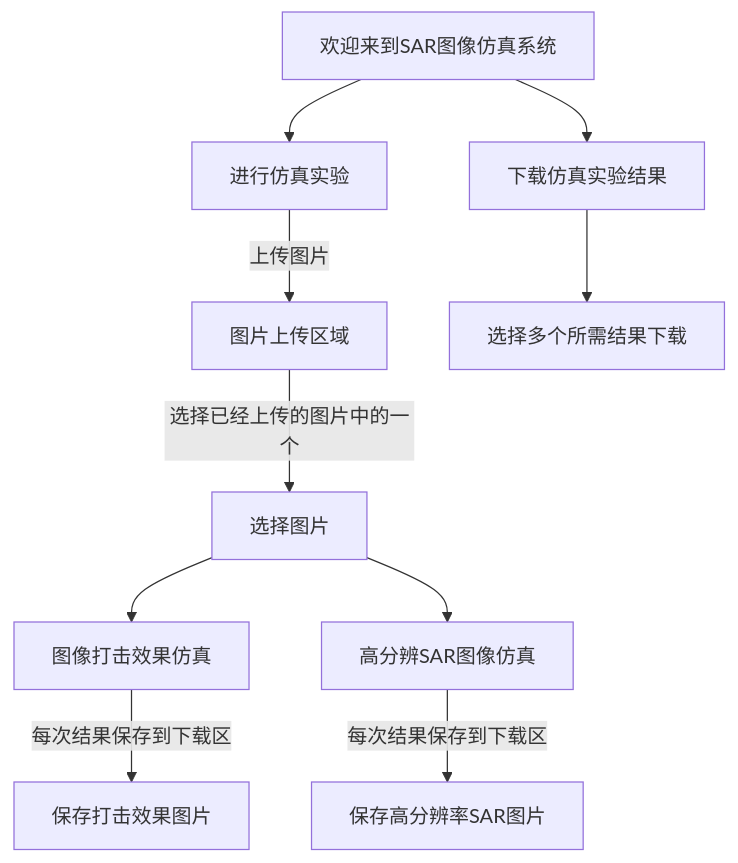
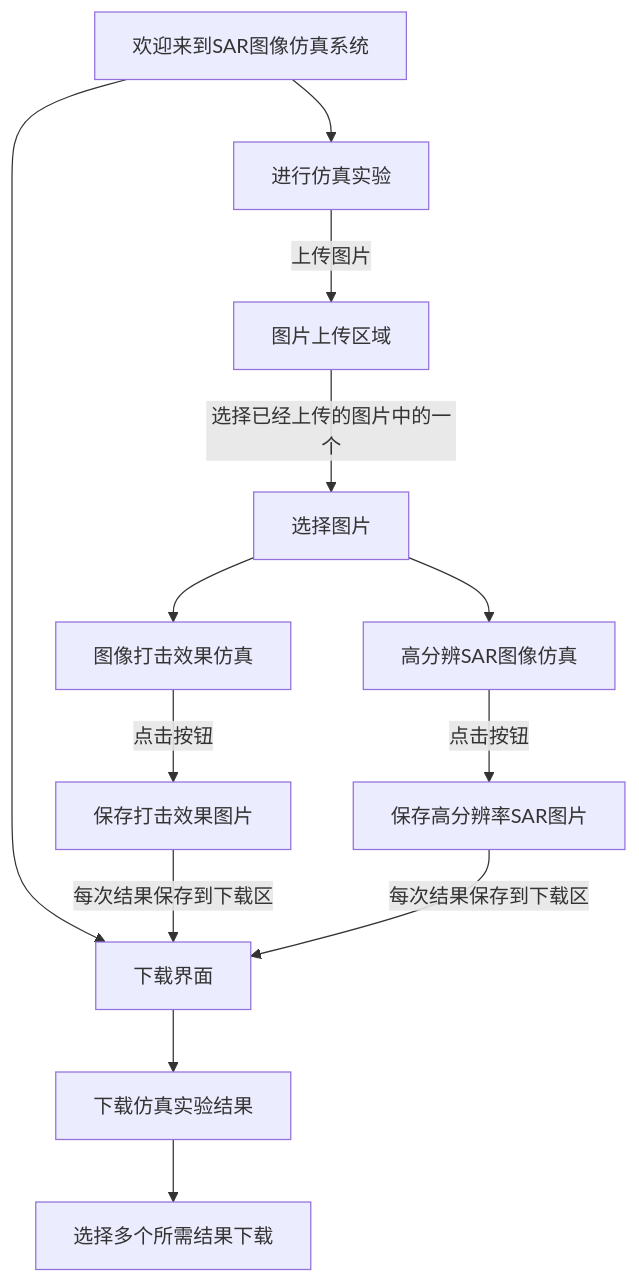
One commit to NUAAteam/SAR changed the diagram in 界面绘图.md. Above: the diagram before and after it, drawn with Mermaid. The commit also changed 7 other files, not shown here.

````diff
--- a/界面绘图.md
+++ b/界面绘图.md
@@ -1,24 +1,28 @@
 ```mermaid
 graph TD
   A[欢迎来到SAR图像仿真系统]
-  B[进行仿真实验] 
+  B[进行仿真实验]
   C[图片上传区域]
   E[选择图片]
   F[图像打击效果仿真]
   G[高分辨SAR图像仿真]
+  J0[下载界面]
   J[下载仿真实验结果]
   J1[选择多个所需结果下载]
   H1[保存打击效果图片]
   H2[保存高分辨率SAR图片]
   A --> B
   B --> |上传图片|C
   C --> |选择已经上传的图片中的一个|E
   E --> F
   E --> G
-  F --> |每次结果保存到下载区|H1
-  G --> |每次结果保存到下载区|H2
-  A-->J
-  J-->J1
+  F --> |点击按钮|H1
+  G --> |点击按钮|H2
+  A -->J0
+  J0-->J
+  J -->J1
+  H1--> |每次结果保存到下载区|J0
+  H2--> |每次结果保存到下载区|J0
 
 
 ```
````
